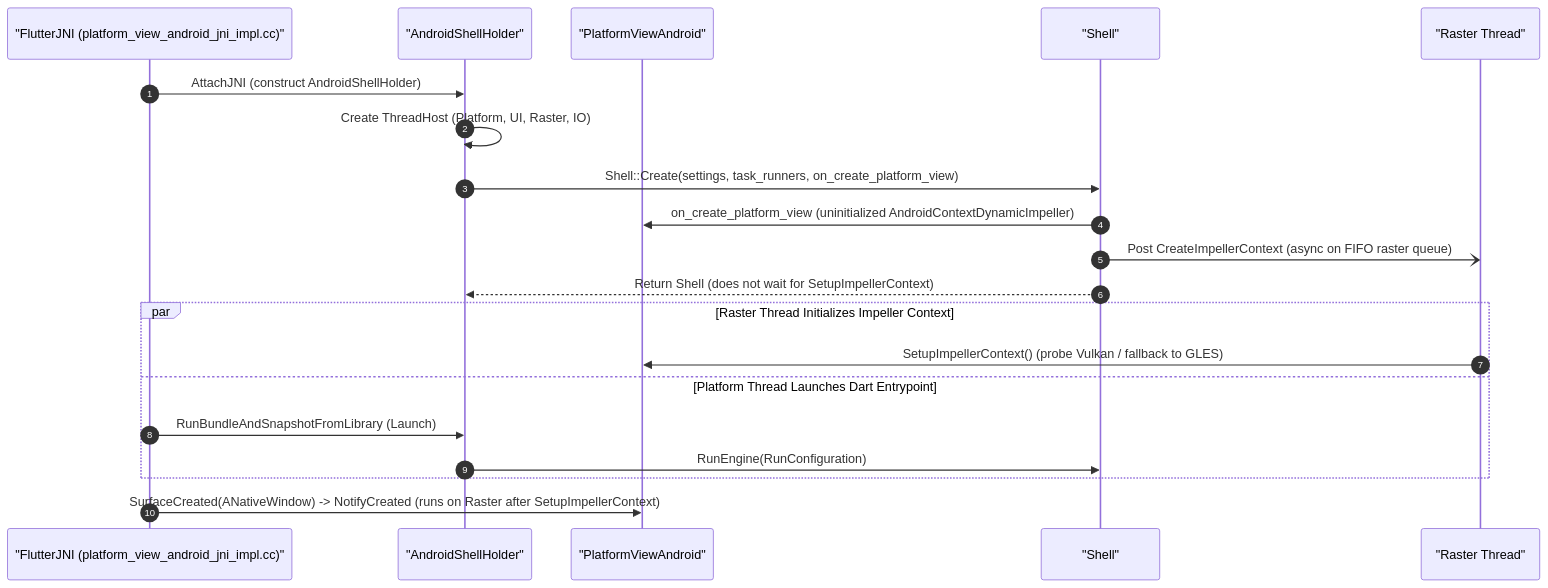
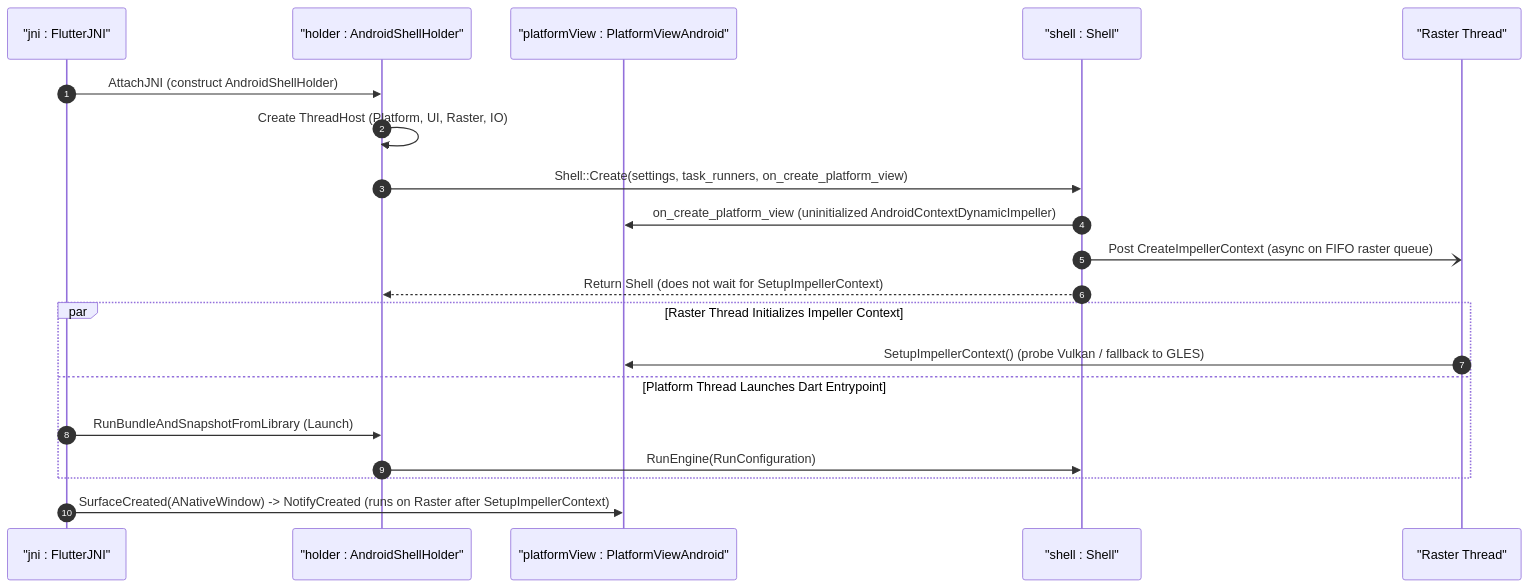
One commit to flutter/rfc changed the second of 14 diagrams in rfc/410.0000-flutter-android-embedder-c-api-migration.md. Above: the diagram before and after it, drawn with Mermaid. The commit also changed other lines of this file, not shown here.

Commit message:
Remove rejection path of vulkan checks in preference to moving checks into the Android embedder

````diff
--- a/rfc/410.0000-flutter-android-embedder-c-api-migration.md
+++ b/rfc/410.0000-flutter-android-embedder-c-api-migration.md
@@ -100,23 +99,23 @@
 ```mermaid
 sequenceDiagram
     autonumber
-    participant FlutterJNI as "FlutterJNI (platform_view_android_jni_impl.cc)"
-    participant Holder as "AndroidShellHolder"
-    participant PV as "PlatformViewAndroid"
-    participant Shell as "Shell"
+    participant FlutterJNI as "jni : FlutterJNI"
+    participant Holder as "holder : AndroidShellHolder"
+    participant PV as "platformView : PlatformViewAndroid"
+    participant Shell as "shell : Shell"
     participant Raster as "Raster Thread"
 
     FlutterJNI->>Holder: AttachJNI (construct AndroidShellHolder)
     Holder->>Holder: Create ThreadHost (Platform, UI, Raster, IO)
     Holder->>Shell: Shell::Create(settings, task_runners, on_create_platform_view)
     Shell->>PV: on_create_platform_view (uninitialized AndroidContextDynamicImpeller)
     Shell-)Raster: Post CreateImpellerContext (async on FIFO raster queue)
     Shell-->>Holder: Return Shell (does not wait for SetupImpellerContext)
     par Raster Thread Initializes Impeller Context
         Raster->>PV: SetupImpellerContext() (probe Vulkan / fallback to GLES)
     and Platform Thread Launches Dart Entrypoint
         FlutterJNI->>Holder: RunBundleAndSnapshotFromLibrary (Launch)
         Holder->>Shell: RunEngine(RunConfiguration)
     end
     FlutterJNI->>PV: SurfaceCreated(ANativeWindow) -> NotifyCreated (runs on Raster after SetupImpellerContext)
 ```
````
